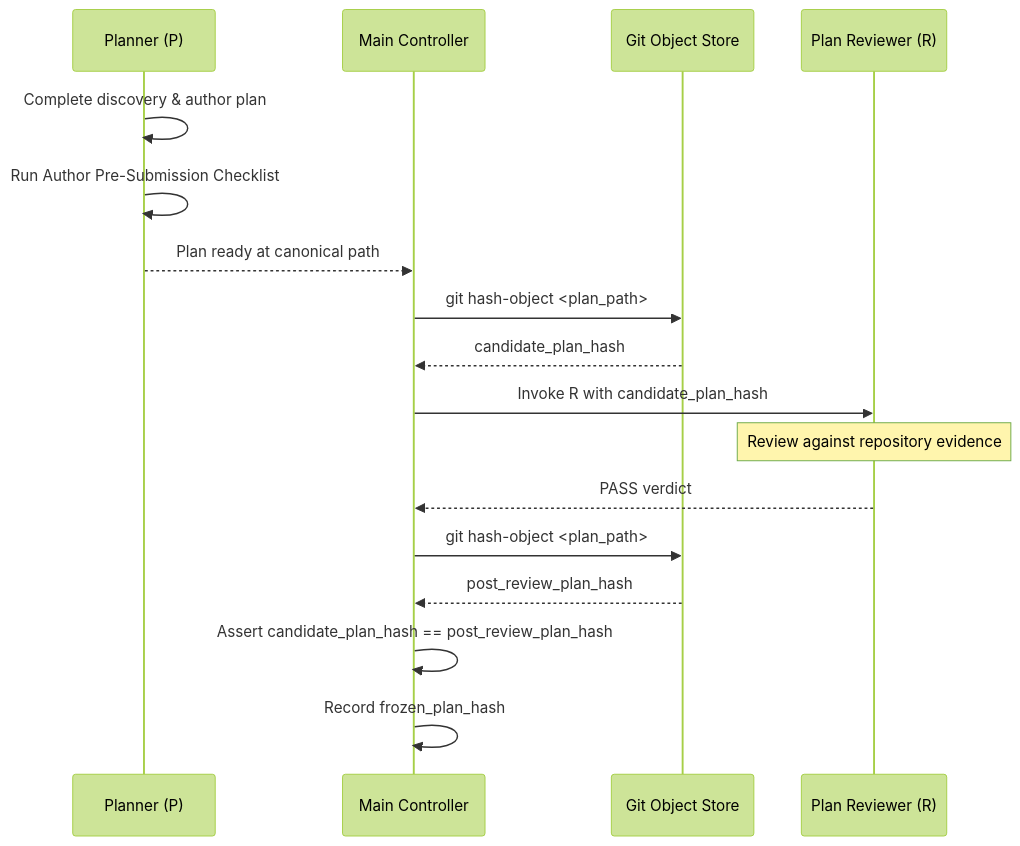
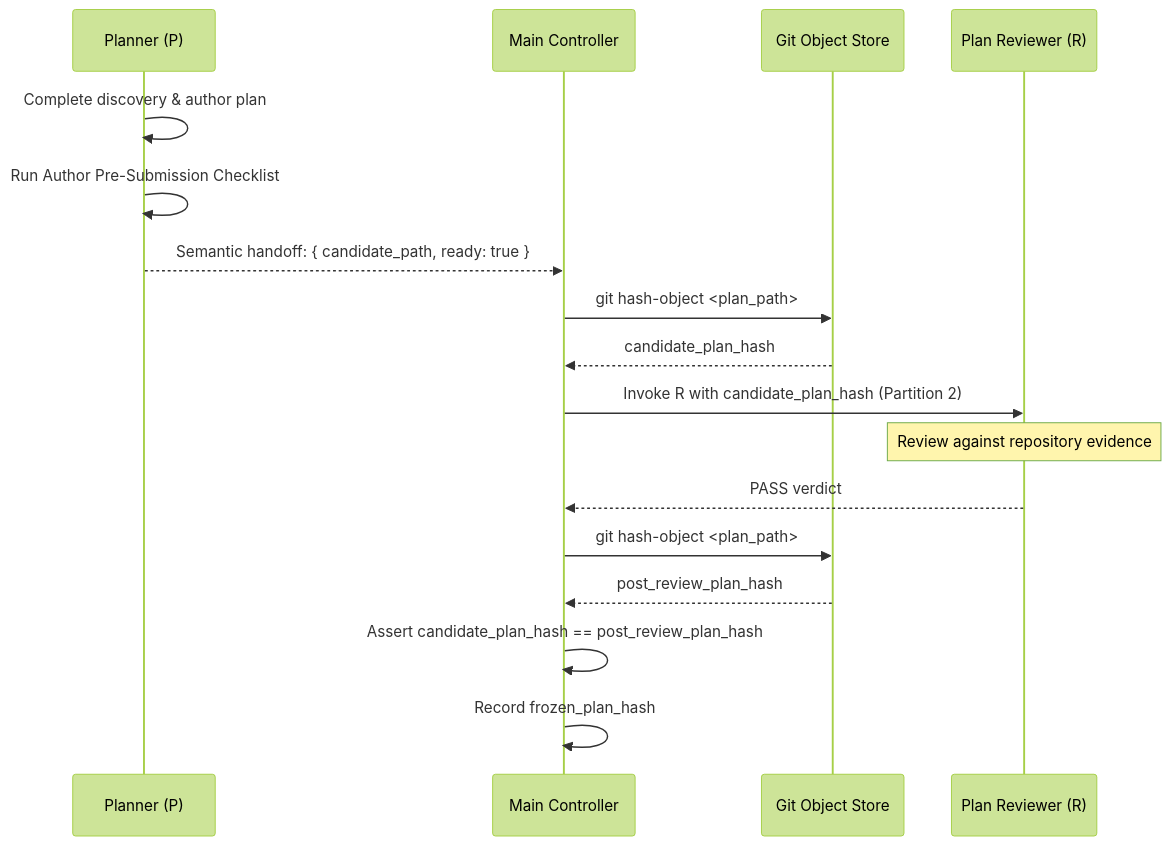
One commit to khangnhoang/cobbleverse-hell-mode-modernized changed the diagram in .agents/skills/implementation-planning-and-contract-freeze/SKILL.md. Above: the diagram before and after it, drawn with Mermaid (forest theme). The commit also changed other lines of this file and 13 other files, not shown here.

Commit message:
feat(architecture): apply subtraction-first correction to agent workflow skills

````diff
--- a/.agents/skills/implementation-planning-and-contract-freeze/SKILL.md
+++ b/.agents/skills/implementation-planning-and-contract-freeze/SKILL.md
@@ -92,20 +85,20 @@
 ```mermaid
 sequenceDiagram
     participant P as Planner (P)
     participant MC as Main Controller
     participant Git as Git Object Store
     participant R as Plan Reviewer (R)
 
     P->>P: Complete discovery & author plan
     P->>P: Run Author Pre-Submission Checklist
-    P-->>MC: Plan ready at canonical path
+    P-->>MC: Semantic handoff: { candidate_path, ready: true }
     MC->>Git: git hash-object <plan_path>
     Git-->>MC: candidate_plan_hash
-    MC->>R: Invoke R with candidate_plan_hash
+    MC->>R: Invoke R with candidate_plan_hash (Partition 2)
     Note over R: Review against repository evidence
     R-->>MC: PASS verdict
     MC->>Git: git hash-object <plan_path>
     Git-->>MC: post_review_plan_hash
     MC->>MC: Assert candidate_plan_hash == post_review_plan_hash
     MC->>MC: Record frozen_plan_hash
 ```
````
